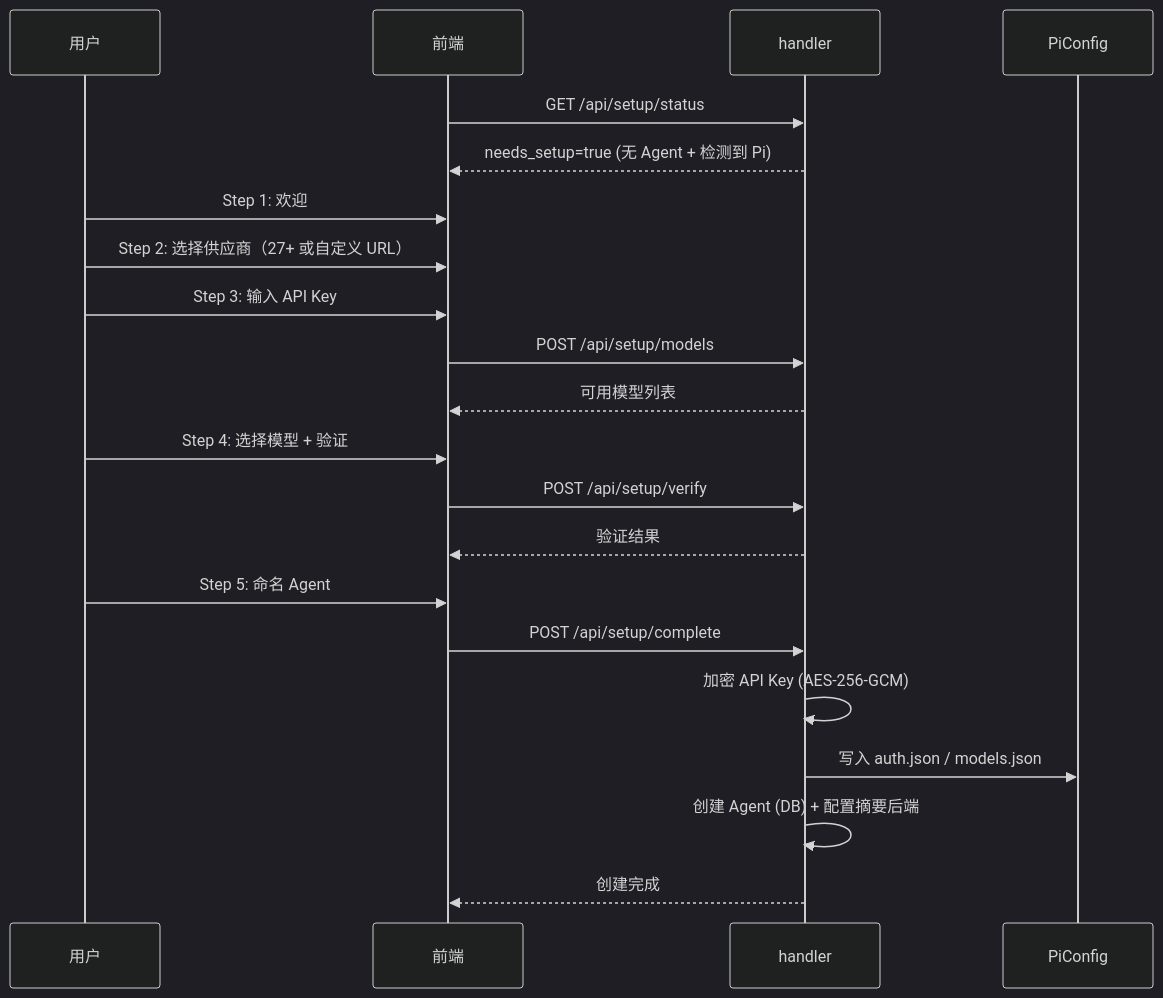
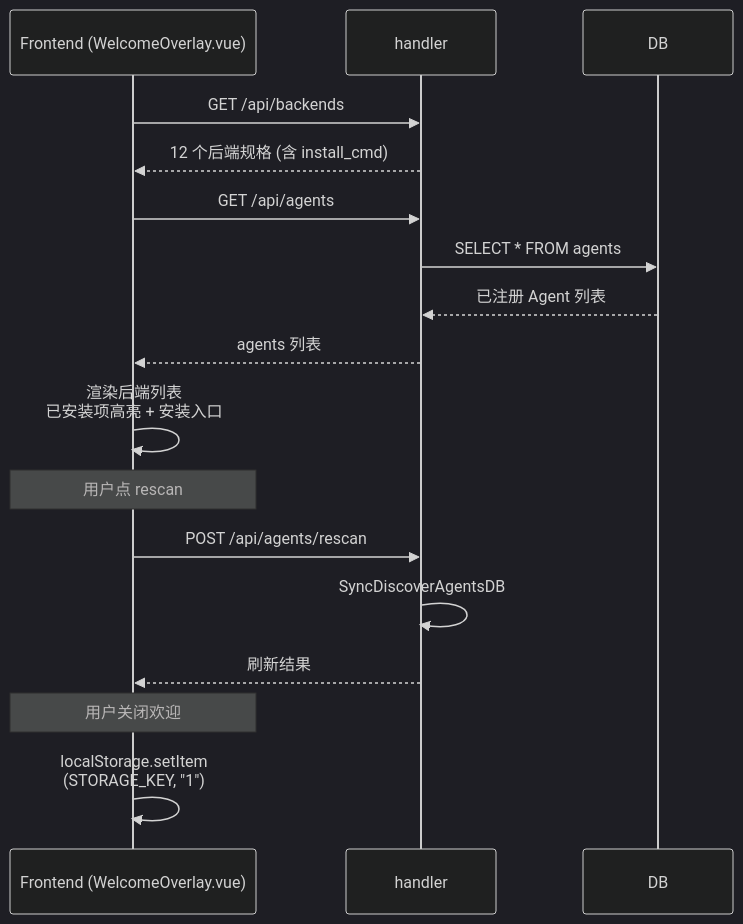
Before and after one commit to clawbench-dev/clawbench: the first of 2 diagrams in docs/spec/features/setup-wizard.md, drawn with Mermaid (dark theme). The commit also changed other lines of this file and 15 other files, not shown here.

````diff
--- a/docs/spec/features/setup-wizard.md
+++ b/docs/spec/features/setup-wizard.md
@@ -9,25 +19,20 @@
 ```mermaid
 sequenceDiagram
-    participant 用户
-    participant 前端
-    participant handler
-    participant PiConfig
+    participant F as Frontend (WelcomeOverlay.vue)
+    participant H as handler
+    participant DB
 
-    前端->>handler: GET /api/setup/status
-    handler-->>前端: needs_setup=true (无 Agent + 检测到 Pi)
-
-    用户->>前端: Step 1: 欢迎
-    用户->>前端: Step 2: 选择供应商（27+ 或自定义 URL）
-    用户->>前端: Step 3: 输入 API Key
-    前端->>handler: POST /api/setup/models
-    handler-->>前端: 可用模型列表
-    用户->>前端: Step 4: 选择模型 + 验证
-    前端->>handler: POST /api/setup/verify
-    handler-->>前端: 验证结果
-    用户->>前端: Step 5: 命名 Agent
-    前端->>handler: POST /api/setup/complete
-    handler->>handler: 加密 API Key (AES-256-GCM)
-    handler->>PiConfig: 写入 auth.json / models.json
-    handler->>handler: 创建 Agent (DB) + 配置摘要后端
-    handler-->>前端: 创建完成
+    F->>H: GET /api/backends
+    H-->>F: 12 个后端规格 (含 install_cmd)
+    F->>H: GET /api/agents
+    H->>DB: SELECT * FROM agents
+    DB-->>H: 已注册 Agent 列表
+    H-->>F: agents 列表
+    F->>F: 渲染后端列表<br/>已安装项高亮 + 安装入口
+    Note over F: 用户点 rescan
+    F->>H: POST /api/agents/rescan
+    H->>H: SyncDiscoverAgentsDB
+    H-->>F: 刷新结果
+    Note over F: 用户关闭欢迎
+    F->>F: localStorage.setItem<br/>(STORAGE_KEY, "1")
 ```
````
